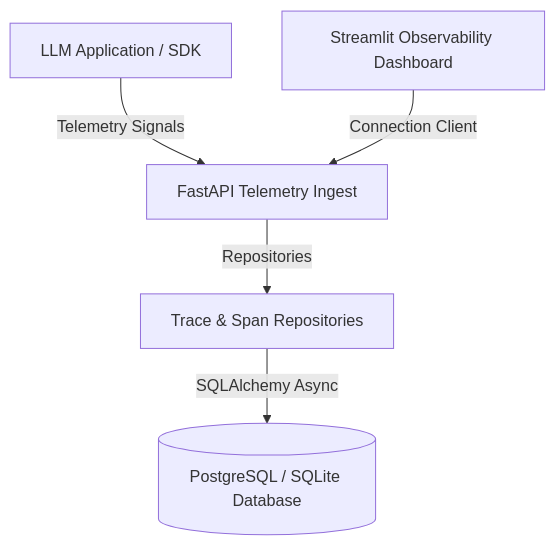
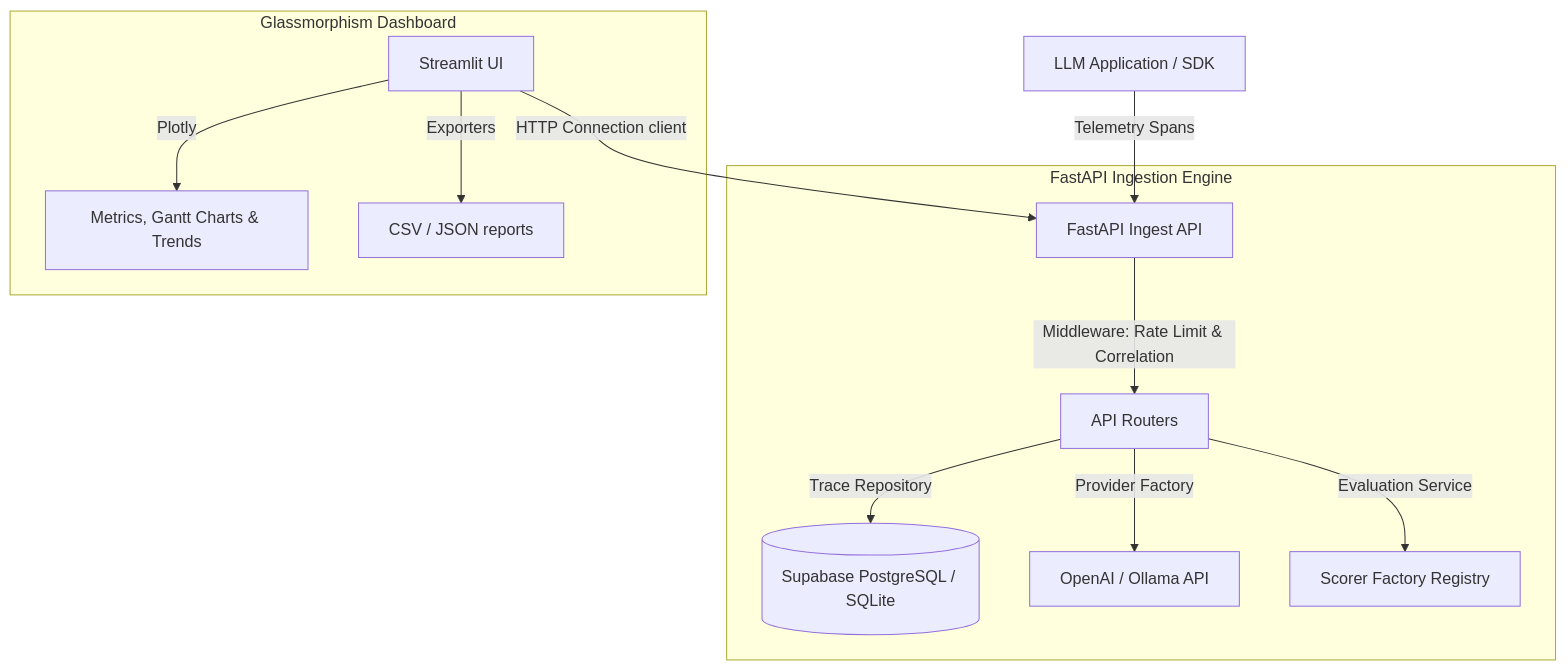
One commit to Sakshisrivastava01/llm-observability-pipeline changed the diagram in README.md. Above: the diagram before and after it, drawn with Mermaid. The commit also changed other lines of this file and 6 other files, not shown here.

````diff
--- a/README.md
+++ b/README.md
@@ -40,8 +82,17 @@
 ```mermaid
 graph TD
-    Client[LLM Application / SDK] -->|Telemetry Signals| API[FastAPI Telemetry Ingest]
-    API -->|Repositories| Repo[Trace & Span Repositories]
-    Repo -->|SQLAlchemy Async| DB[(PostgreSQL / SQLite Database)]
+    Client[LLM Application / SDK] -->|Telemetry Spans| IngestAPI[FastAPI Ingest API]
     
-    Dashboard[Streamlit Observability Dashboard] -->|Connection Client| API
+    subgraph FastAPI Ingestion Engine
+        IngestAPI -->|Middleware: Rate Limit & Correlation| Routers[API Routers]
+        Routers -->|Trace Repository| DB[(Supabase PostgreSQL / SQLite)]
+        Routers -->|Provider Factory| LLMProviders[OpenAI / Ollama API]
+        Routers -->|Evaluation Service| Evaluators[Scorer Factory Registry]
+    end
+
+    subgraph Glassmorphism Dashboard
+        Dashboard[Streamlit UI] -->|HTTP Connection client| IngestAPI
+        Dashboard -->|Plotly| Visualizations[Metrics, Gantt Charts & Trends]
+        Dashboard -->|Exporters| FileDownloads[CSV / JSON reports]
+    end
 ```
````
